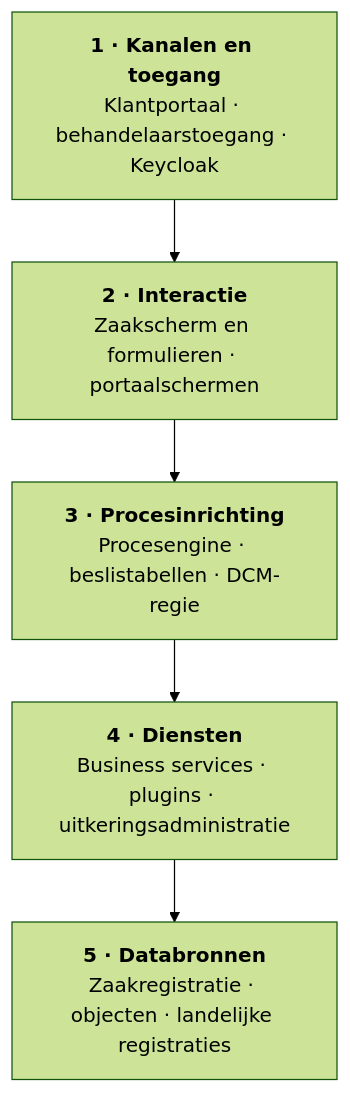
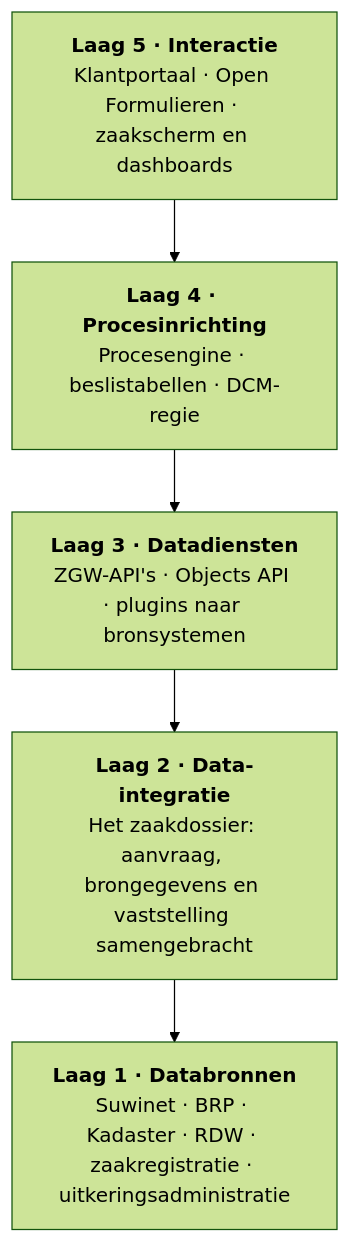
The first of 4 diagrams in overzicht/architectuur.md (generiekzaakafhandelcomponent/mijn-inkomen-documentatie), drawn with Mermaid (forest theme) before and after one commit. The commit also changed other lines of this file and 1 other file, not shown here.

````diff
--- a/overzicht/architectuur.md
+++ b/overzicht/architectuur.md
@@ -11,10 +13,10 @@
 ```mermaid
 flowchart TB
-    L1["<b>1 · Kanalen en toegang</b><br/>Klantportaal · behandelaarstoegang · Keycloak"]
-    L2["<b>2 · Interactie</b><br/>Zaakscherm en formulieren · portaalschermen"]
-    L3["<b>3 · Procesinrichting</b><br/>Procesengine · beslistabellen · DCM-regie"]
-    L4["<b>4 · Diensten</b><br/>Business services · plugins · uitkeringsadministratie"]
-    L5["<b>5 · Databronnen</b><br/>Zaakregistratie · objecten · landelijke registraties"]
+    L5["<b>Laag 5 · Interactie</b><br/>Klantportaal · Open Formulieren · zaakscherm en dashboards"]
+    L4["<b>Laag 4 · Procesinrichting</b><br/>Procesengine · beslistabellen · DCM-regie"]
+    L3["<b>Laag 3 · Datadiensten</b><br/>ZGW-API's · Objects API · plugins naar bronsystemen"]
+    L2["<b>Laag 2 · Data-integratie</b><br/>Het zaakdossier: aanvraag, brongegevens en vaststelling samengebracht"]
+    L1["<b>Laag 1 · Databronnen</b><br/>Suwinet · BRP · Kadaster · RDW · zaakregistratie · uitkeringsadministratie"]
 
-    L1 --> L2 --> L3 --> L4 --> L5
+    L5 --> L4 --> L3 --> L2 --> L1
 ```
````
